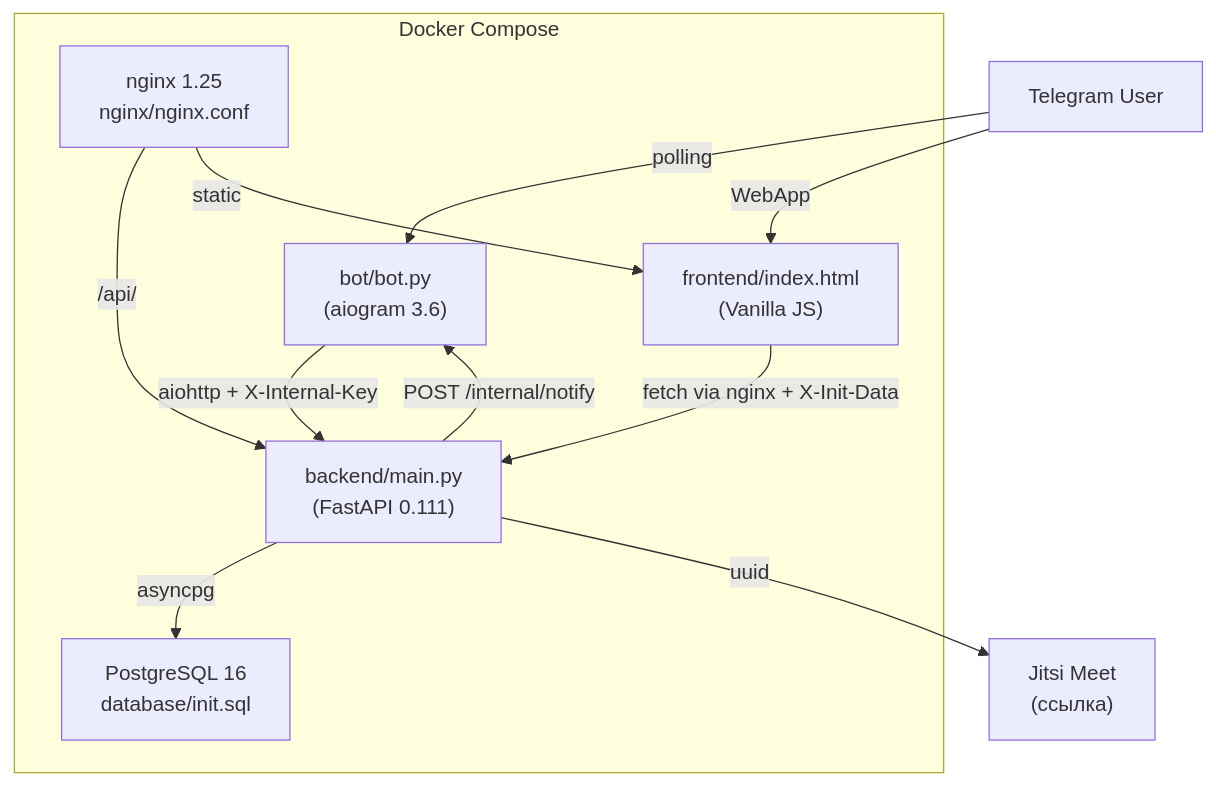
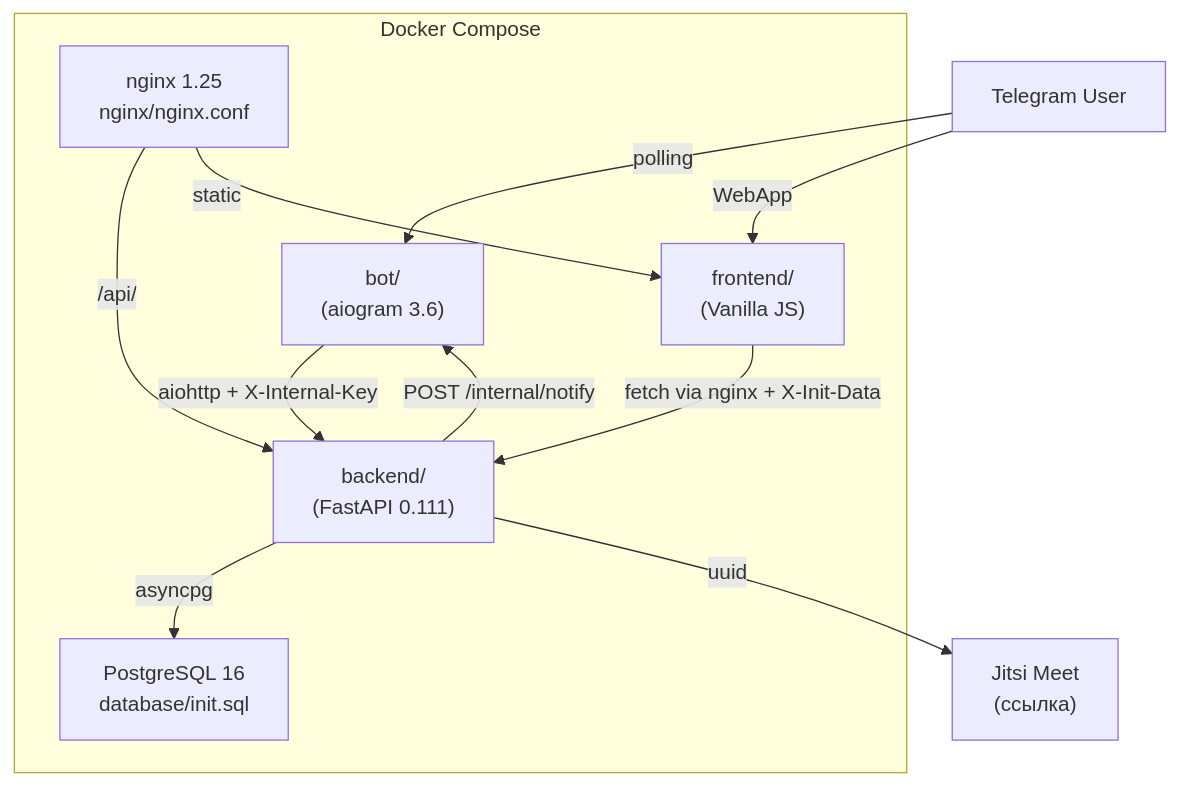
The diagram in docs/MODULES.md (iwantproger/do_vstrechi), drawn with Mermaid before and after one commit. The commit also changed other lines of this file and 1 other file, not shown here.

First line of the commit message:
docs: обновить ARCHITECTURE.md и MODULES.md под модульную структуру

````diff
--- a/docs/MODULES.md
+++ b/docs/MODULES.md
@@ -423,25 +445,25 @@
 ```mermaid
 graph TD
     USER[Telegram User]
 
-    USER -->|polling| BOT["bot/bot.py<br/>(aiogram 3.6)"]
-    USER -->|WebApp| FE["frontend/index.html<br/>(Vanilla JS)"]
+    USER -->|polling| BOT["bot/<br/>(aiogram 3.6)"]
+    USER -->|WebApp| FE["frontend/<br/>(Vanilla JS)"]
 
-    BOT -->|aiohttp + X-Internal-Key| API["backend/main.py<br/>(FastAPI 0.111)"]
+    BOT -->|aiohttp + X-Internal-Key| API["backend/<br/>(FastAPI 0.111)"]
     API -->|POST /internal/notify| BOT
     FE -->|fetch via nginx + X-Init-Data| API
 
     API -->|asyncpg| DB["PostgreSQL 16<br/>database/init.sql"]
     API -->|uuid| JITSI["Jitsi Meet<br/>(ссылка)"]
 
     subgraph Docker Compose
         BOT
         API
         FE
         DB
         NGX["nginx 1.25<br/>nginx/nginx.conf"]
     end
 
     NGX -->|/api/| API
     NGX -->|static| FE
 ```
````
